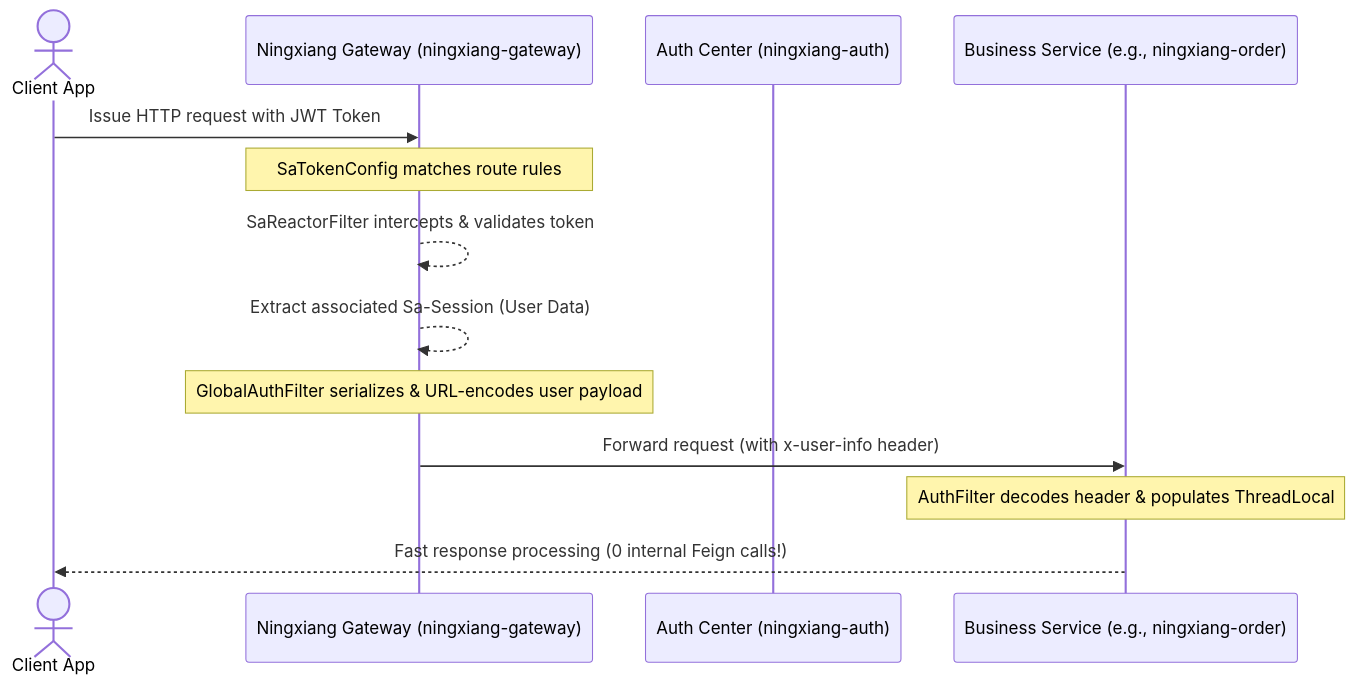
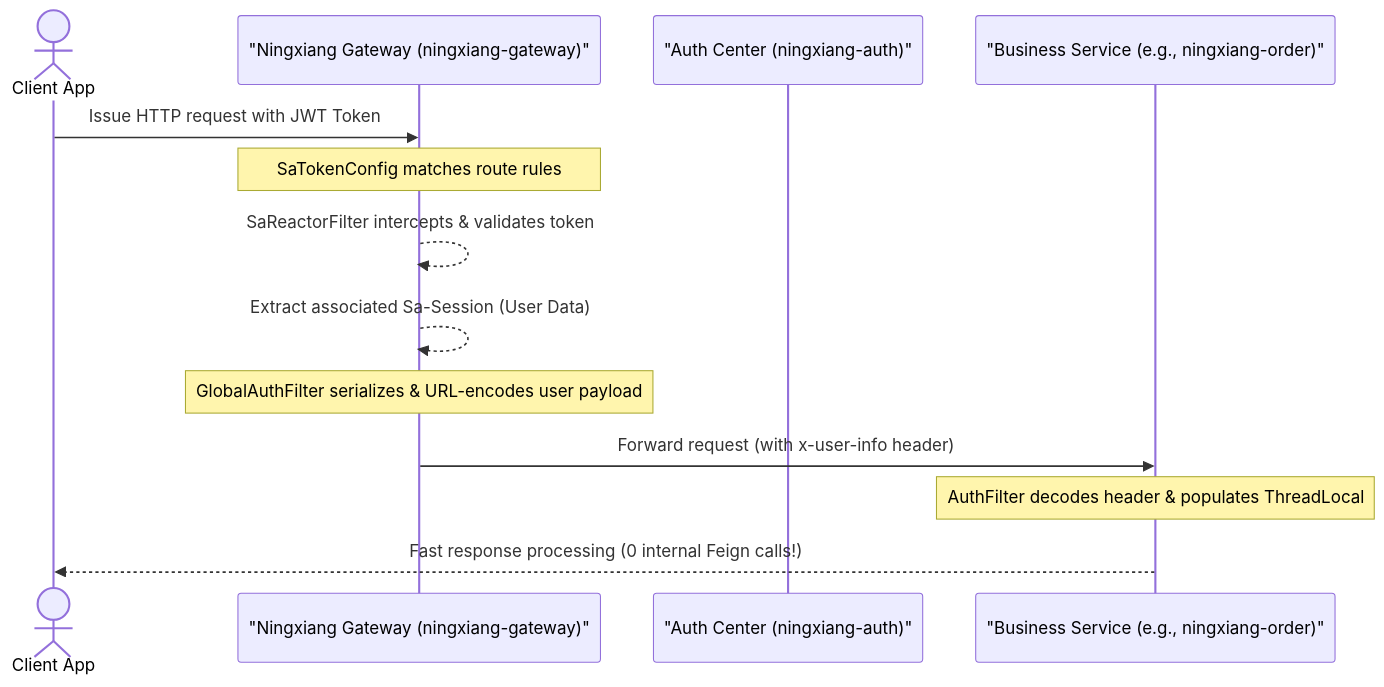
Before and after one commit to MeiSiristhebest/ningxiangshop: the first of 2 diagrams in README_EN.md, drawn with Mermaid. The commit also changed other lines of this file and 1 other file, not shown here.

Commit message:
docs(readme): optimize zh + en; fix Mermaid, badges, TOC, add Security & Contributing chapters

````diff
--- a/README_EN.md
+++ b/README_EN.md
@@ -28,16 +42,16 @@
 ```mermaid
 sequenceDiagram
     actor Client as Client App
-    participant Gateway as Ningxiang Gateway (ningxiang-gateway)
-    participant Auth as Auth Center (ningxiang-auth)
-    participant Service as Business Service (e.g., ningxiang-order)
+    participant Gateway as "Ningxiang Gateway (ningxiang-gateway)"
+    participant Auth as "Auth Center (ningxiang-auth)"
+    participant Service as "Business Service (e.g., ningxiang-order)"
 
     Client->>Gateway: Issue HTTP request with JWT Token
     Note over Gateway: SaTokenConfig matches route rules
     Gateway-->>Gateway: SaReactorFilter intercepts & validates token
     Gateway-->>Gateway: Extract associated Sa-Session (User Data)
     Note over Gateway: GlobalAuthFilter serializes & URL-encodes user payload
     Gateway->>Service: Forward request (with x-user-info header)
     Note over Service: AuthFilter decodes header & populates ThreadLocal
     Service-->>Client: Fast response processing (0 internal Feign calls!)
 ```
````
